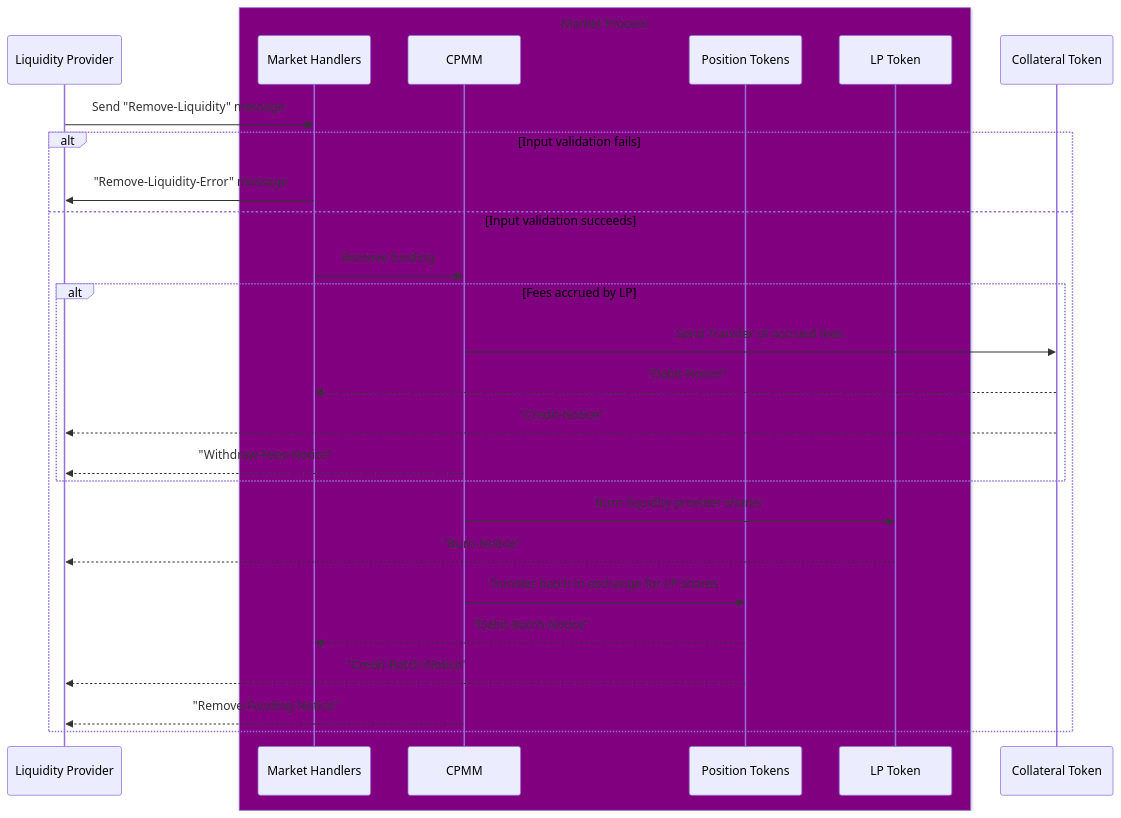
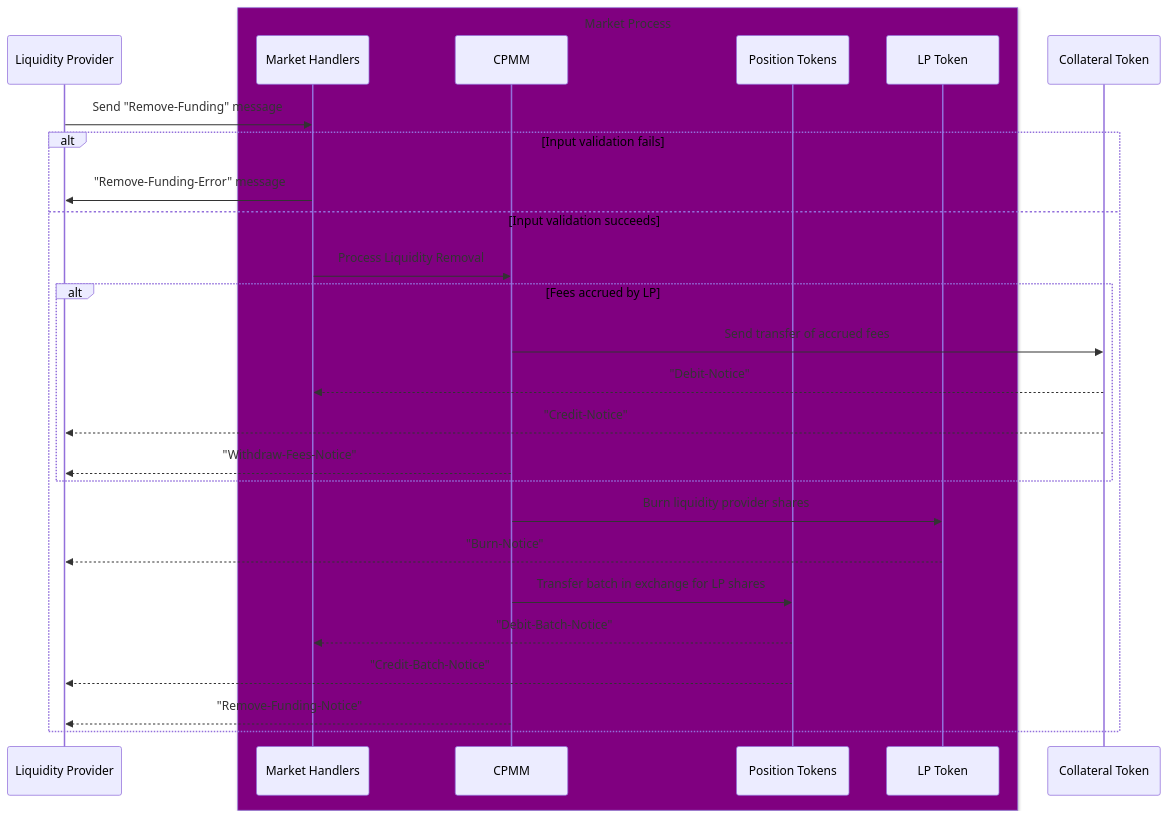
Before and after one commit to outcome-gg/outcome-protocol: the diagram in docs/02-market-liquidity/removeFunding.md, drawn with Mermaid. The commit also changed 24 other files, not shown here.

Commit message:
Updated diagrams and refactoring

````diff
--- a/docs/02-market-liquidity/removeFunding.md
+++ b/docs/02-market-liquidity/removeFunding.md
@@ -1,31 +1,42 @@
 ```mermaid
 sequenceDiagram
 participant Liquidity Provider
 box Purple Market Process
-participant Market Handlers
-participant CPMM
-participant Position Tokens
-participant LP Token
+  participant Market Handlers
+  participant CPMM
+  participant Position Tokens
+  participant LP Token
 end
 participant Collateral Token
 
+%% 🟢 Remove Funding Request
+Liquidity Provider ->> Market Handlers: Send "Remove-Funding" message
 
-Liquidity Provider ->> Market Handlers: Send "Remove-Liquidity" message
 alt Input validation fails
-  Market Handlers ->> Liquidity Provider: "Remove-Liquidity-Error" message
+  %% ❌ Error Notice
+  Market Handlers ->> Liquidity Provider: "Remove-Funding-Error" message
 else Input validation succeeds
-  Market Handlers ->> CPMM: Remove funding
+  Market Handlers ->> CPMM: Process Liquidity Removal
+
   alt Fees accrued by LP
-    CPMM ->> Collateral Token: Send Transfer of accrued fees
+    %% 💵 Withdraw Accrued Fees
+    CPMM ->> Collateral Token: Send transfer of accrued fees
     Collateral Token -->> Market Handlers: "Debit-Notice"
     Collateral Token -->> Liquidity Provider: "Credit-Notice"
     CPMM -->> Liquidity Provider: "Withdraw-Fees-Notice"
   end
+
+  %% 🔥 Burn LP Shares & Redeem Positions
   CPMM ->> LP Token: Burn liquidity provider shares
   LP Token -->> Liquidity Provider: "Burn-Notice"
+
+  %% 🎟️ Exchange LP Shares for Positions
   CPMM ->> Position Tokens: Transfer batch in exchange for LP shares
   Position Tokens -->> Market Handlers: "Debit-Batch-Notice"
   Position Tokens -->> Liquidity Provider: "Credit-Batch-Notice"
+
+  %% ✅ Completion Notice
   CPMM -->> Liquidity Provider: "Remove-Funding-Notice"
 end
+
 ```
````
